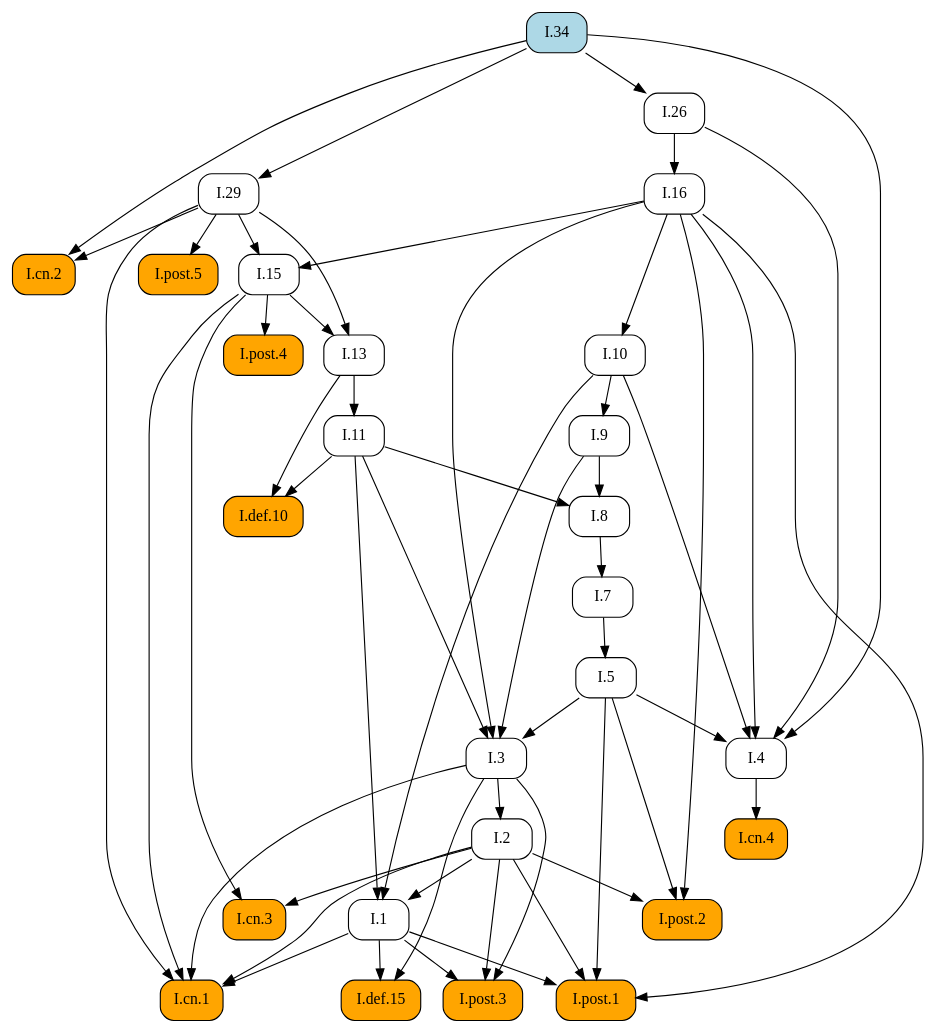
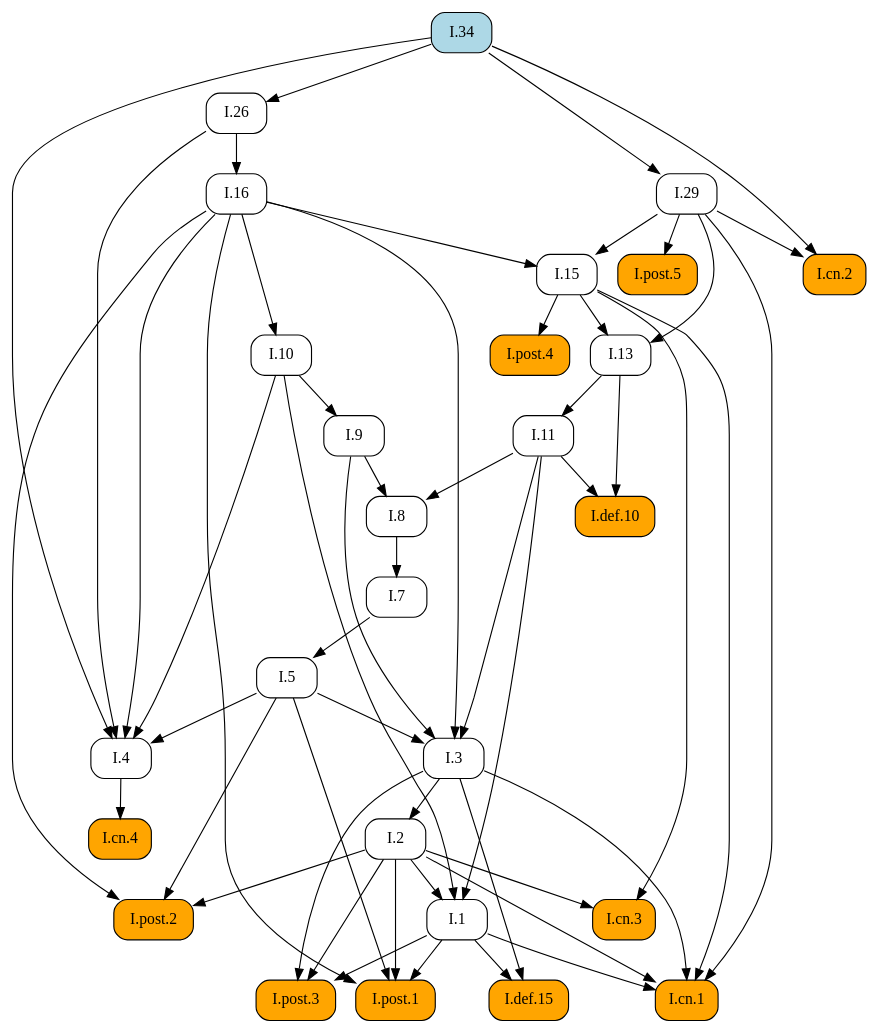
One commit to geometor/elements changed the diagram in docsrc/heath/I/34/index.rst. Above: the diagram before and after it, drawn with Graphviz. The commit also changed other lines of this file and 484 other files, not shown here.

```diff
--- a/docsrc/heath/I/34/index.rst
+++ b/docsrc/heath/I/34/index.rst
@@ -80,84 +80,84 @@
    digraph {
      rankdir="TB";
      node [shape=box, style=rounded];
+     "I.9" [URL="/heath/I/9/", target="_top"];
+     "I.cn.1" [style="rounded,filled", fillcolor=orange, URL="/heath/I/cn.1/", target="_top"];
+     "I.7" [URL="/heath/I/7/", target="_top"];
+     "I.2" [URL="/heath/I/2/", target="_top"];
+     "I.def.15" [style="rounded,filled", fillcolor=orange, URL="/heath/I/def.15/", target="_top"];
+     "I.13" [URL="/heath/I/13/", target="_top"];
+     "I.post.4" [style="rounded,filled", fillcolor=orange, URL="/heath/I/post.4/", target="_top"];
+     "I.4" [URL="/heath/I/4/", target="_top"];
+     "I.1" [URL="/heath/I/1/", target="_top"];
+     "I.post.3" [style="rounded,filled", fillcolor=orange, URL="/heath/I/post.3/", target="_top"];
+     "I.post.1" [style="rounded,filled", fillcolor=orange, URL="/heath/I/post.1/", target="_top"];
+     "I.5" [URL="/heath/I/5/", target="_top"];
+     "I.8" [URL="/heath/I/8/", target="_top"];
+     "I.cn.3" [style="rounded,filled", fillcolor=orange, URL="/heath/I/cn.3/", target="_top"];
+     "I.29" [URL="/heath/I/29/", target="_top"];
+     "I.16" [URL="/heath/I/16/", target="_top"];
      "I.def.10" [style="rounded,filled", fillcolor=orange, URL="/heath/I/def.10/", target="_top"];
+     "I.15" [URL="/heath/I/15/", target="_top"];
+     "I.10" [URL="/heath/I/10/", target="_top"];
      "I.11" [URL="/heath/I/11/", target="_top"];
-     "I.post.4" [style="rounded,filled", fillcolor=orange, URL="/heath/I/post.4/", target="_top"];
-     "I.1" [URL="/heath/I/1/", target="_top"];
+     "I.cn.2" [style="rounded,filled", fillcolor=orange, URL="/heath/I/cn.2/", target="_top"];
+     "I.post.5" [style="rounded,filled", fillcolor=orange, URL="/heath/I/post.5/", target="_top"];
+     "I.cn.4" [style="rounded,filled", fillcolor=orange, URL="/heath/I/cn.4/", target="_top"];
+     "I.post.2" [style="rounded,filled", fillcolor=orange, URL="/heath/I/post.2/", target="_top"];
      "I.26" [URL="/heath/I/26/", target="_top"];
-     "I.7" [URL="/heath/I/7/", target="_top"];
      "I.34" [style="rounded,filled", fillcolor=lightblue, URL="/heath/I/34/", target="_top"];
      "I.3" [URL="/heath/I/3/", target="_top"];
-     "I.2" [URL="/heath/I/2/", target="_top"];
-     "I.4" [URL="/heath/I/4/", target="_top"];
-     "I.29" [URL="/heath/I/29/", target="_top"];
-     "I.13" [URL="/heath/I/13/", target="_top"];
-     "I.cn.2" [style="rounded,filled", fillcolor=orange, URL="/heath/I/cn.2/", target="_top"];
-     "I.post.2" [style="rounded,filled", fillcolor=orange, URL="/heath/I/post.2/", target="_top"];
-     "I.16" [URL="/heath/I/16/", target="_top"];
-     "I.def.15" [style="rounded,filled", fillcolor=orange, URL="/heath/I/def.15/", target="_top"];
-     "I.9" [URL="/heath/I/9/", target="_top"];
-     "I.post.3" [style="rounded,filled", fillcolor=orange, URL="/heath/I/post.3/", target="_top"];
-     "I.cn.1" [style="rounded,filled", fillcolor=orange, URL="/heath/I/cn.1/", target="_top"];
-     "I.cn.3" [style="rounded,filled", fillcolor=orange, URL="/heath/I/cn.3/", target="_top"];
-     "I.8" [URL="/heath/I/8/", target="_top"];
-     "I.cn.4" [style="rounded,filled", fillcolor=orange, URL="/heath/I/cn.4/", target="_top"];
-     "I.15" [URL="/heath/I/15/", target="_top"];
-     "I.post.5" [style="rounded,filled", fillcolor=orange, URL="/heath/I/post.5/", target="_top"];
-     "I.post.1" [style="rounded,filled", fillcolor=orange, URL="/heath/I/post.1/", target="_top"];
-     "I.10" [URL="/heath/I/10/", target="_top"];
-     "I.5" [URL="/heath/I/5/", target="_top"];
-     "I.11" -> "I.def.10";
-     "I.13" -> "I.def.10";
-     "I.13" -> "I.11";
+     "I.10" -> "I.9";
+     "I.1" -> "I.cn.1";
+     "I.2" -> "I.cn.1";
+     "I.3" -> "I.cn.1";
+     "I.15" -> "I.cn.1";
+     "I.29" -> "I.cn.1";
+     "I.8" -> "I.7";
+     "I.3" -> "I.2";
+     "I.1" -> "I.def.15";
+     "I.3" -> "I.def.15";
+     "I.15" -> "I.13";
+     "I.29" -> "I.13";
      "I.15" -> "I.post.4";
-     "I.2" -> "I.1";
-     "I.10" -> "I.1";
-     "I.11" -> "I.1";
-     "I.34" -> "I.26";
-     "I.8" -> "I.7";
-     "I.5" -> "I.3";
-     "I.9" -> "I.3";
-     "I.11" -> "I.3";
-     "I.16" -> "I.3";
-     "I.3" -> "I.2";
      "I.5" -> "I.4";
      "I.10" -> "I.4";
      "I.16" -> "I.4";
      "I.26" -> "I.4";
      "I.34" -> "I.4";
-     "I.34" -> "I.29";
-     "I.15" -> "I.13";
-     "I.29" -> "I.13";
-     "I.29" -> "I.cn.2";
-     "I.34" -> "I.cn.2";
-     "I.2" -> "I.post.2";
-     "I.5" -> "I.post.2";
-     "I.16" -> "I.post.2";
-     "I.26" -> "I.16";
-     "I.1" -> "I.def.15";
-     "I.3" -> "I.def.15";
-     "I.10" -> "I.9";
+     "I.2" -> "I.1";
+     "I.10" -> "I.1";
+     "I.11" -> "I.1";
      "I.1" -> "I.post.3";
      "I.2" -> "I.post.3";
      "I.3" -> "I.post.3";
-     "I.1" -> "I.cn.1";
-     "I.2" -> "I.cn.1";
-     "I.3" -> "I.cn.1";
-     "I.15" -> "I.cn.1";
-     "I.29" -> "I.cn.1";
-     "I.2" -> "I.cn.3";
-     "I.15" -> "I.cn.3";
-     "I.9" -> "I.8";
-     "I.11" -> "I.8";
-     "I.4" -> "I.cn.4";
-     "I.16" -> "I.15";
-     "I.29" -> "I.15";
-     "I.29" -> "I.post.5";
      "I.1" -> "I.post.1";
      "I.2" -> "I.post.1";
      "I.5" -> "I.post.1";
      "I.16" -> "I.post.1";
+     "I.7" -> "I.5";
+     "I.9" -> "I.8";
+     "I.11" -> "I.8";
+     "I.2" -> "I.cn.3";
+     "I.15" -> "I.cn.3";
+     "I.34" -> "I.29";
+     "I.26" -> "I.16";
+     "I.11" -> "I.def.10";
+     "I.13" -> "I.def.10";
+     "I.16" -> "I.15";
+     "I.29" -> "I.15";
      "I.16" -> "I.10";
-     "I.7" -> "I.5";
+     "I.13" -> "I.11";
+     "I.29" -> "I.cn.2";
+     "I.34" -> "I.cn.2";
+     "I.29" -> "I.post.5";
+     "I.4" -> "I.cn.4";
+     "I.2" -> "I.post.2";
+     "I.5" -> "I.post.2";
+     "I.16" -> "I.post.2";
+     "I.34" -> "I.26";
+     "I.5" -> "I.3";
+     "I.9" -> "I.3";
+     "I.11" -> "I.3";
+     "I.16" -> "I.3";
    }
```
